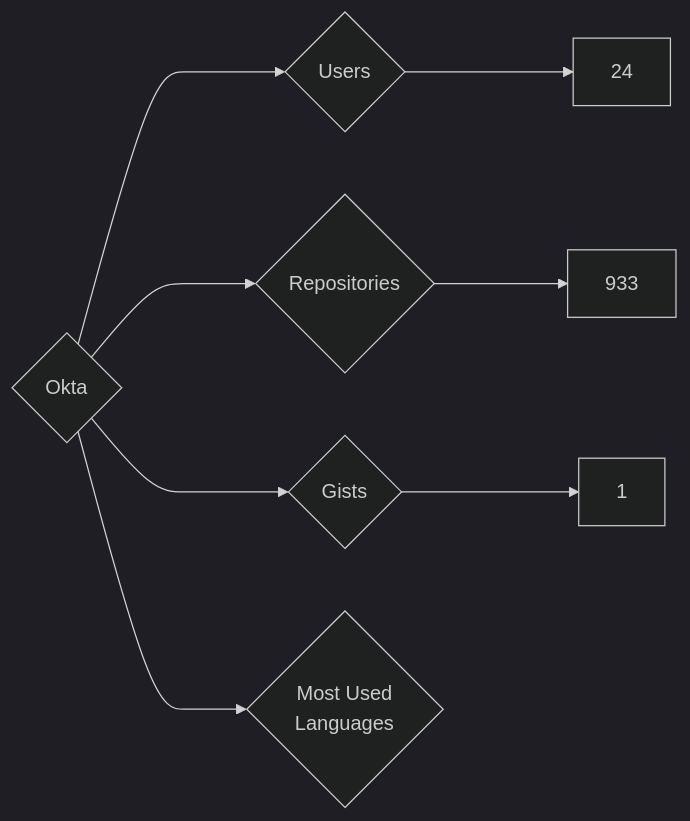
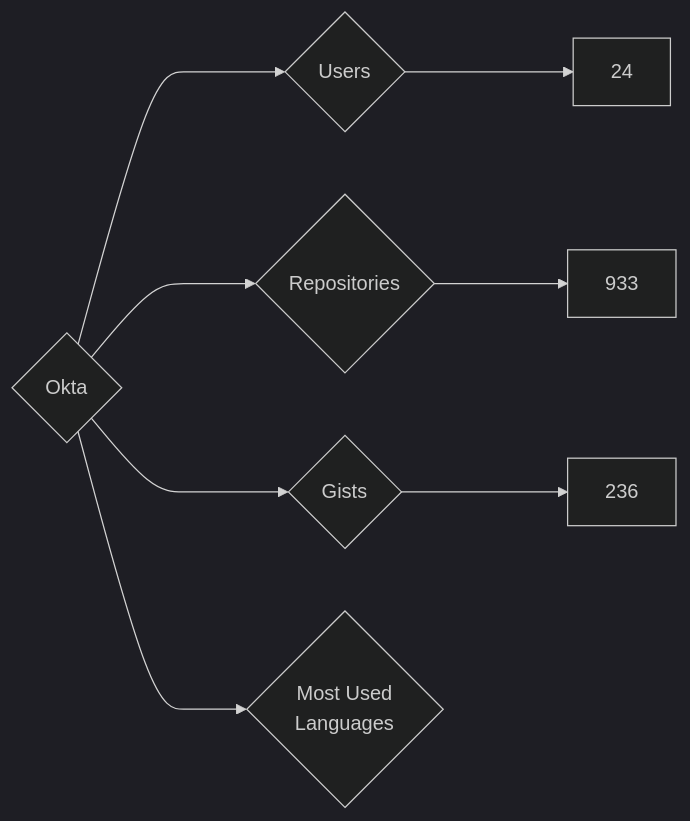
The diagram in targets/Okta/README.md (nenadzaric/insiders), drawn with Mermaid (dark theme) before and after one commit. The commit also changed 1342 other files, not shown here.

````diff
--- a/targets/Okta/README.md
+++ b/targets/Okta/README.md
@@ -3,8 +3,8 @@
 ```mermaid
 graph LR
 COMPANY_NAME{Okta}
 COMPANY_NAME ---> U{Users} ---> UN[24]
 COMPANY_NAME ---> R{Repositories} ---> RN[933]
-COMPANY_NAME ---> G{Gists} ---> GN[1]
+COMPANY_NAME ---> G{Gists} ---> GN[236]
 COMPANY_NAME ---> ML{Most Used<br>Languages}
 ```
````
